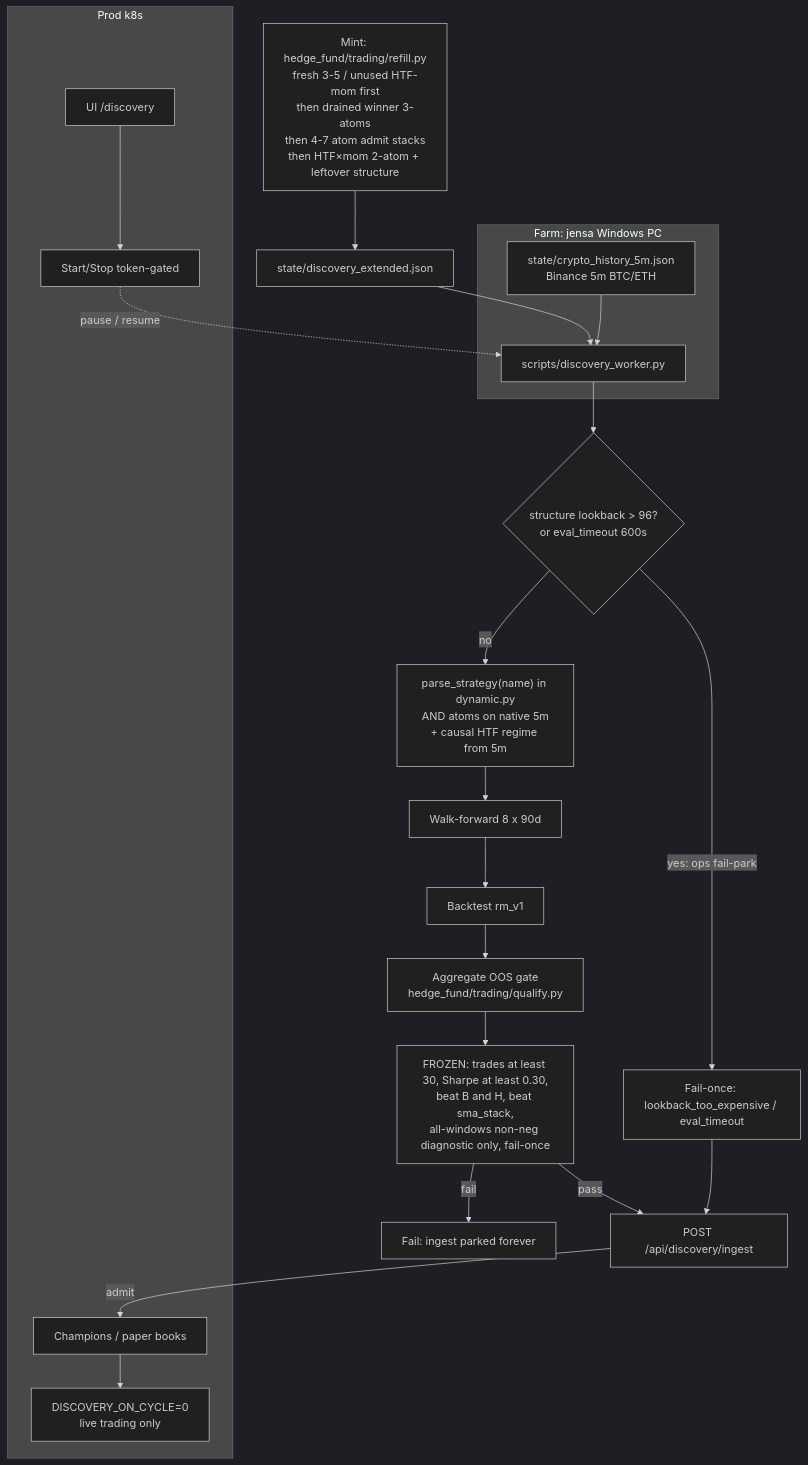
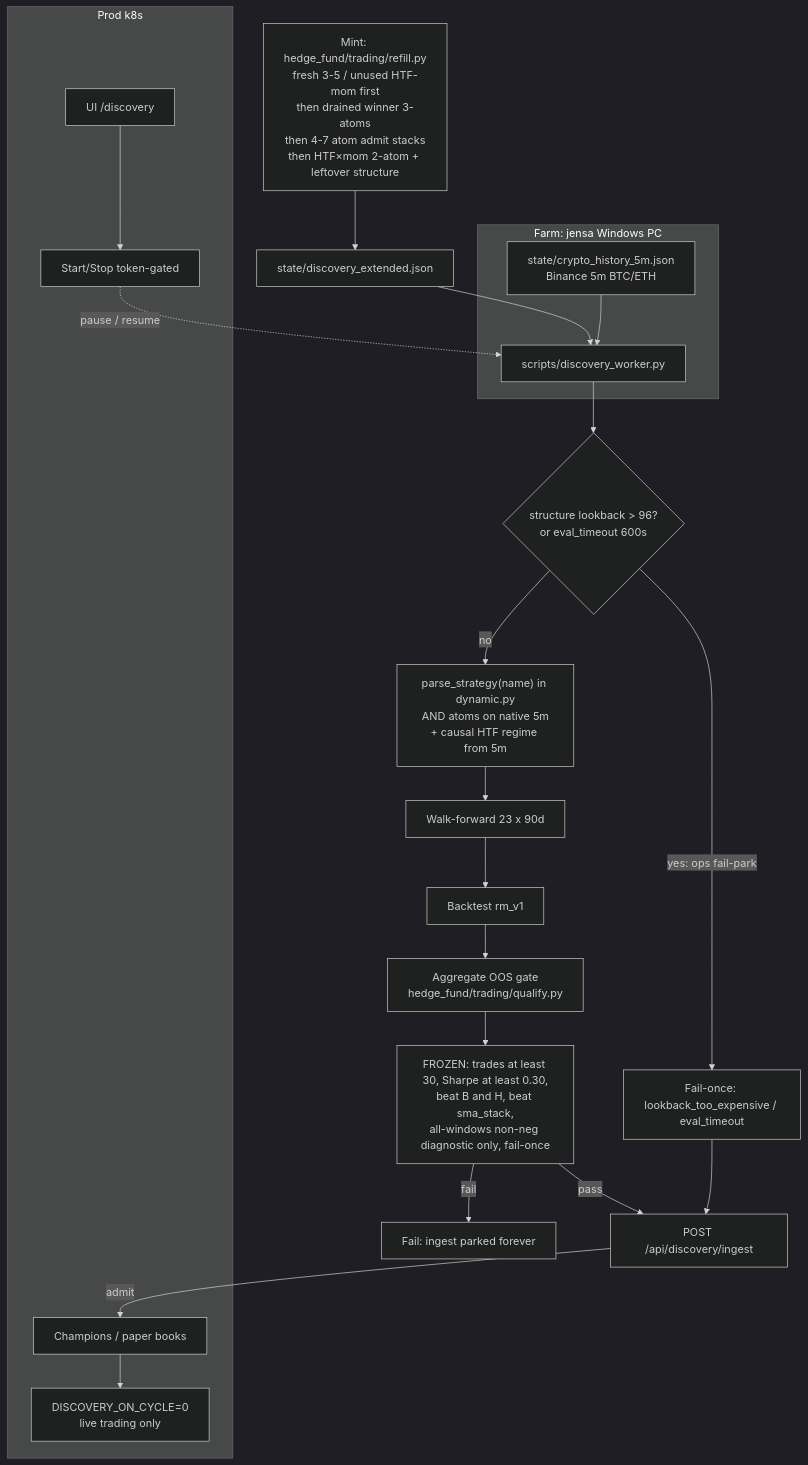
One commit to Runemark7/paper-trading-bot changed the first of 3 diagrams in docs/WORKFLOW.md. Above: the diagram before and after it, drawn with Mermaid (dark theme). The commit also changed other lines of this file and 18 other files, not shown here.

First line of the commit message:
feat(discovery): walk-forward 23×90d full tape

````diff
--- a/docs/WORKFLOW.md
+++ b/docs/WORKFLOW.md
@@ -50,42 +51,42 @@
 ```mermaid
 flowchart TB
   recipe["Mint: hedge_fund/trading/refill.py\nfresh 3-5 / unused HTF-mom first\nthen drained winner 3-atoms\nthen 4-7 atom admit stacks\nthen HTF×mom 2-atom + leftover structure"]
   ext["state/discovery_extended.json"]
   recipe --> ext
 
   subgraph farm [Farm: jensa Windows PC]
     worker["scripts/discovery_worker.py"]
     hist["state/crypto_history_5m.json\nBinance 5m BTC/ETH"]
   end
   ext --> worker
   hist --> worker
 
   guard{"structure lookback > 96?\nor eval_timeout 600s"}
   parse["parse_strategy(name) in dynamic.py\nAND atoms on native 5m\n+ causal HTF regime from 5m"]
-  wf["Walk-forward 8 x 90d"]
+  wf["Walk-forward 23 x 90d"]
   bt["Backtest rm_v1"]
   gate["Aggregate OOS gate\nhedge_fund/trading/qualify.py"]
   worker --> guard
   guard -->|"yes: ops fail-park"| parkOps["Fail-once: lookback_too_expensive / eval_timeout"]
   guard -->|no| parse --> wf --> bt --> gate
 
   frozen["FROZEN: trades at least 30, Sharpe at least 0.30,\nbeat B and H, beat sma_stack,\nall-windows non-neg diagnostic only, fail-once"]
   gate --> frozen
 
   ingest["POST /api/discovery/ingest"]
   park["Fail: ingest parked forever"]
   frozen -->|"pass"| ingest
   frozen -->|"fail"| park
   parkOps --> ingest
 
   subgraph prod [Prod k8s]
     champs["Champions / paper books"]
     live["DISCOVERY_ON_CYCLE=0\nlive trading only"]
     ui["UI /discovery"]
     ctl["Start/Stop token-gated"]
   end
   ingest -->|"admit"| champs
   champs --> live
   ui --> ctl
   ctl -.->|"pause / resume"| worker
 ```
````
